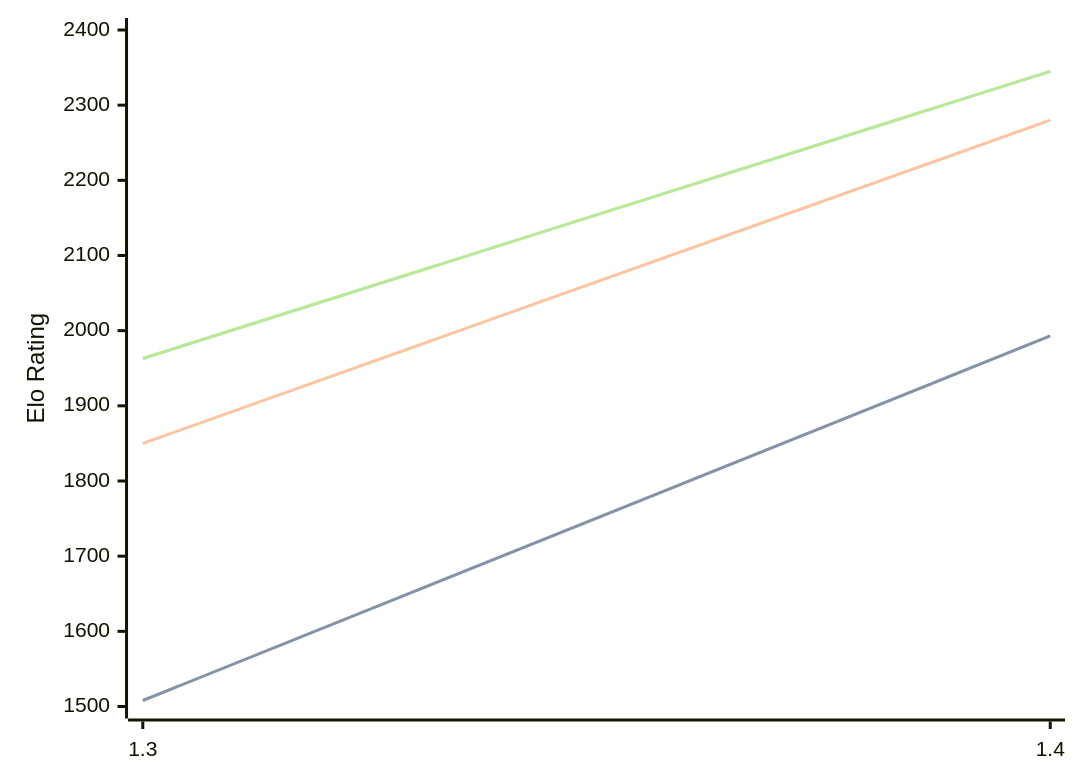
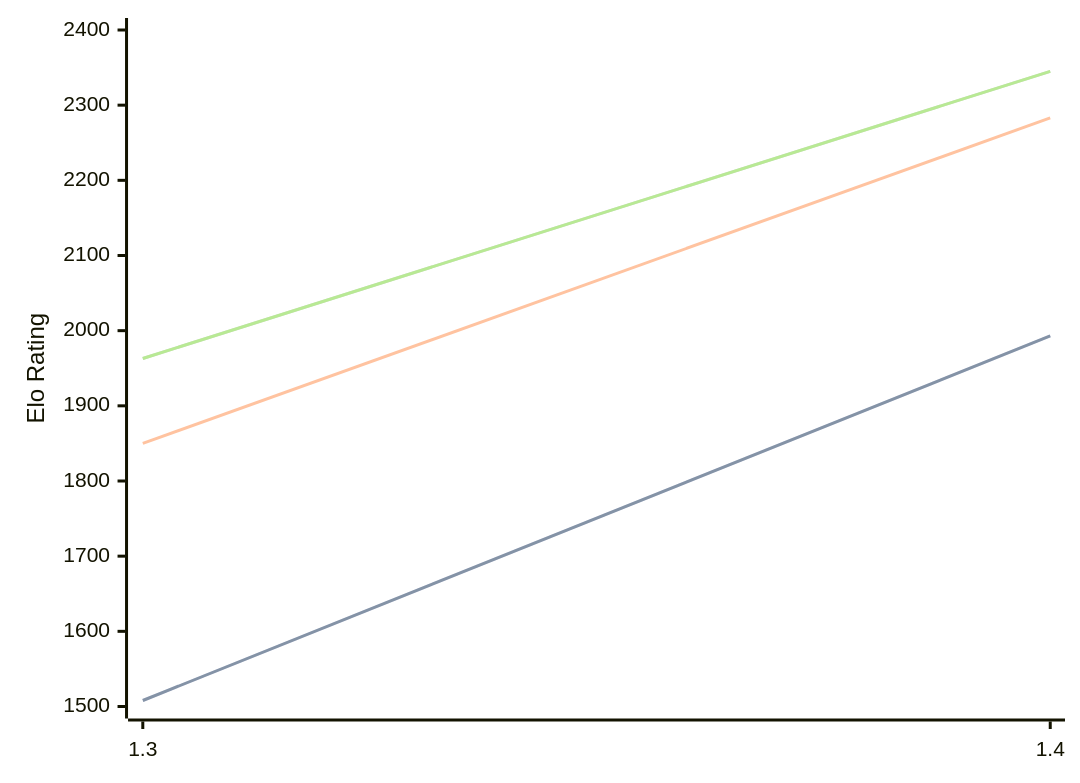
The diagram in engines/Facon.md (computer-chess-index/cci), drawn with Mermaid before and after one commit. The commit also changed other lines of this file, not shown here.

````diff
--- a/engines/Facon.md
+++ b/engines/Facon.md
@@ -36,11 +36,11 @@
 ```mermaid
 %%{init: {"theme":"base","themeVariables":{"seriesColors:['#a3a3a3','#222221','#faa371']}}}%%
 xychart-beta
   x-axis ["1.3", "1.4"]
   y-axis "Elo Rating" 1500 --> 2400
   line "STC (8.0+0.08s)" [1508, 1993]
   line "STC (8.0+0.08s)" [1508, 1993]
-  line "LTC (60.0+0.60s)" [1850, 2280]
+  line "LTC (60.0+0.60s)" [1850, 2283]
   line "VLTC (2m24s+1.12s)" [1963, 2345]
   line "VLTC (2m24s+1.12s)" [1963, 2345]
 ```
````
